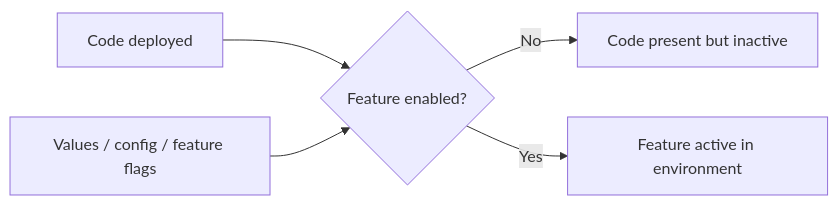
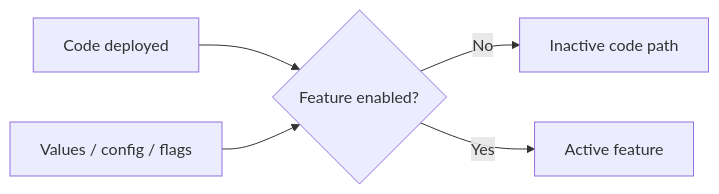
One commit to benanaktaspusulait/branching-strategy changed the third of 3 diagrams in docs/current-release-operating-model.md. Above: the diagram before and after it, drawn with Mermaid. The commit also changed other lines of this file and 19 other files, not shown here.

````diff
--- a/docs/current-release-operating-model.md
+++ b/docs/current-release-operating-model.md
@@ -217,7 +171,7 @@
 ```mermaid
 flowchart LR
   CODE["Code deployed"] --> FLAG{"Feature enabled?"}
-  FLAG -->|No| DORMANT["Code present but inactive"]
-  FLAG -->|Yes| ACTIVE["Feature active in environment"]
-  CONFIG["Values / config / feature flags"] --> FLAG
+  FLAG -->|No| DORMANT["Inactive code path"]
+  FLAG -->|Yes| ACTIVE["Active feature"]
+  CONFIG["Values / config / flags"] --> FLAG
 ```
````
